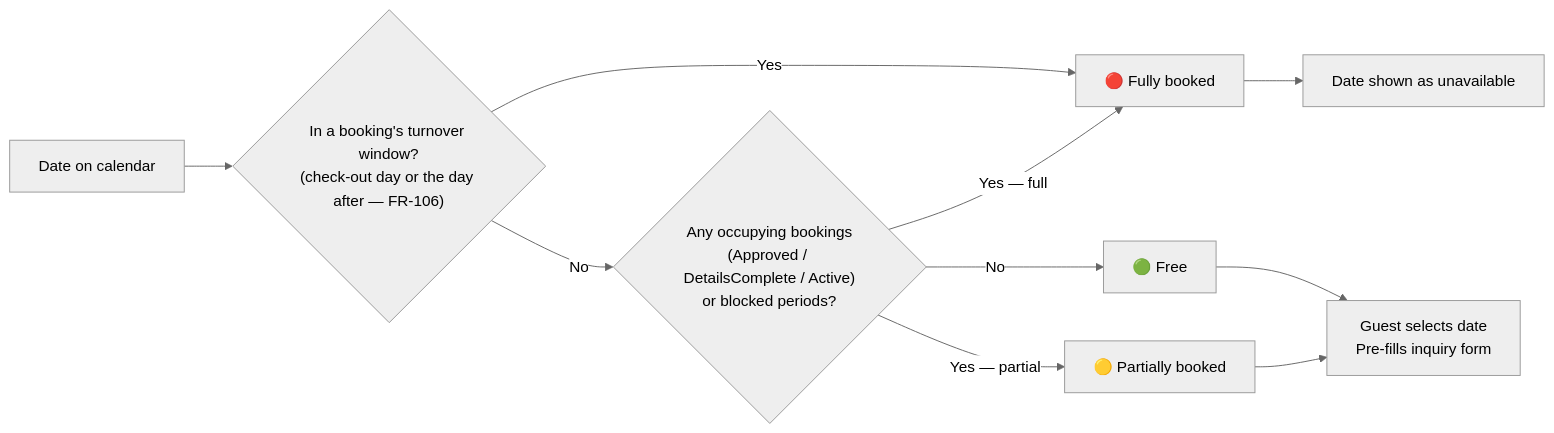
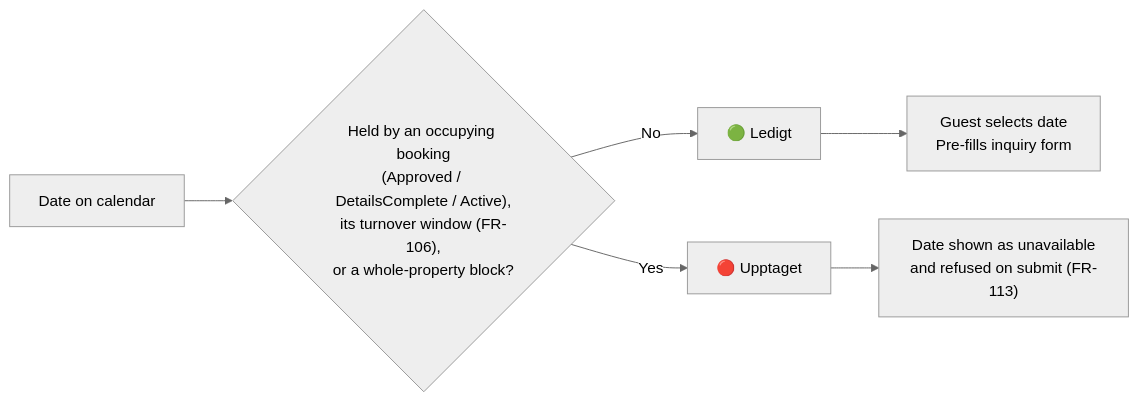
The third of 3 diagrams in docs/product/requirements.md (eliya-amanoeel/akerogarden), drawn with Mermaid (neutral theme) before and after one commit. The commit also changed other lines of this file and 23 other files, not shown here.

````diff
--- a/docs/product/requirements.md
+++ b/docs/product/requirements.md
@@ -156,12 +156,8 @@
 ```mermaid
 flowchart LR
-    A[Date on calendar] --> T{"In a booking's turnover window?\n(check-out day or the day after — FR-106)"}
-    T -->|"Yes"| E["🔴 Fully booked"]
-    T -->|"No"| B{"Any occupying bookings\n(Approved / DetailsComplete / Active)\nor blocked periods?"}
-    B -->|"No"| C["🟢 Free"]
-    B -->|"Yes — partial"| D["🟡 Partially booked"]
-    B -->|"Yes — full"| E
+    A[Date on calendar] --> B{"Held by an occupying booking\n(Approved / DetailsComplete / Active),\nits turnover window (FR-106),\nor a whole-property block?"}
+    B -->|"No"| C["🟢 Ledigt"]
+    B -->|"Yes"| E["🔴 Upptaget"]
     C --> F["Guest selects date\nPre-fills inquiry form"]
-    D --> F
-    E --> G["Date shown as unavailable"]
+    E --> G["Date shown as unavailable\nand refused on submit (FR-113)"]
 ```
````
